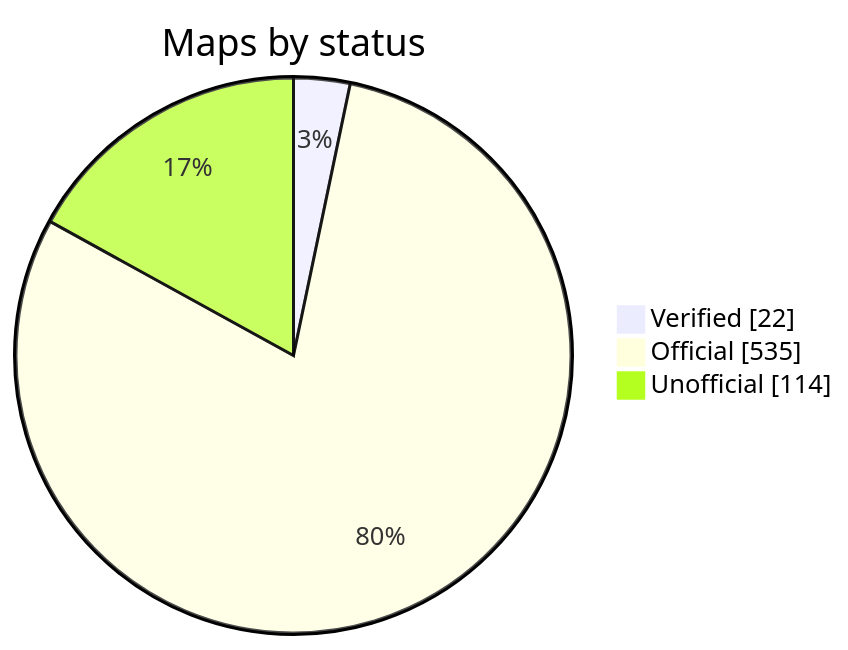
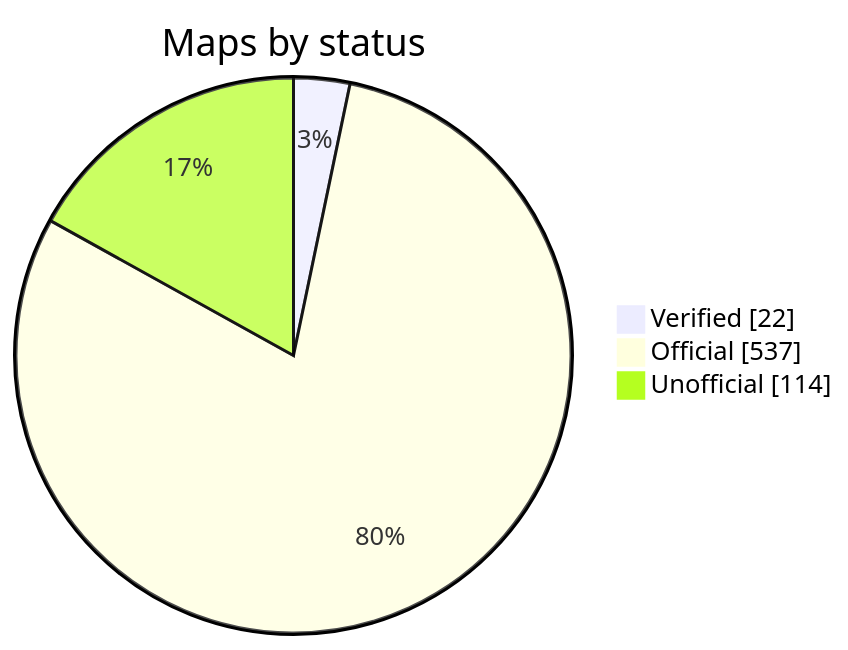
Before and after one commit to nobrega8/mbmap-library: the diagram in README.md, drawn with Mermaid. The commit also changed 7 other files, not shown here.

````diff
--- a/README.md
+++ b/README.md
@@ -52,7 +52,7 @@
 ```mermaid
 pie showData
     title Maps by status
     "Verified" : 22
-    "Official" : 535
+    "Official" : 537
     "Unofficial" : 114
 ```
````
